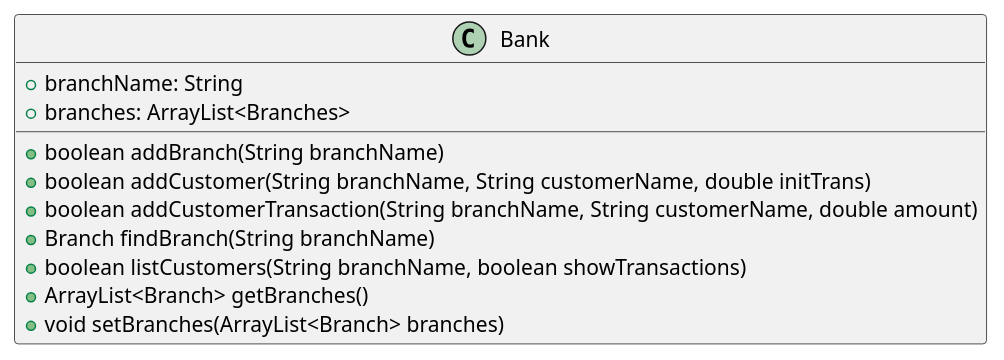
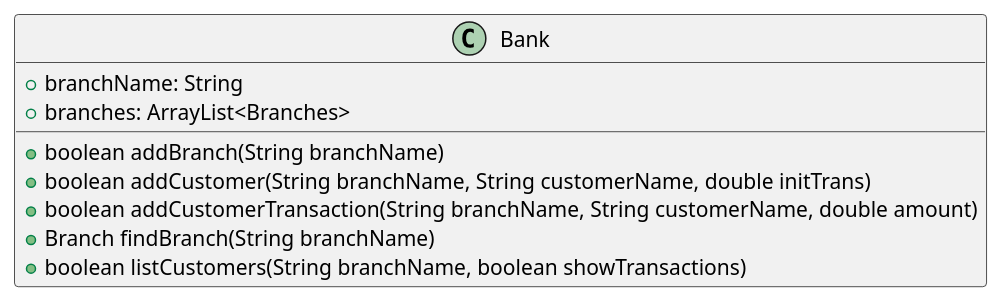
The diagram in src/uk/co/rosslyn/ted/Bank.puml (tedrosslyn/BankingCLI), drawn with PlantUML before and after one commit. The commit also changed 3 other files, not shown here.

```diff
--- a/src/uk/co/rosslyn/ted/Bank.puml
+++ b/src/uk/co/rosslyn/ted/Bank.puml
@@ -1,15 +1,15 @@
 @startuml
 
 class Bank {
     +branchName: String
     +branches: ArrayList<Branches>
     +boolean addBranch(String branchName)
     +boolean addCustomer(String branchName, String customerName, double initTrans)
     +boolean addCustomerTransaction(String branchName, String customerName, double amount)
     +Branch findBranch(String branchName)
     +boolean listCustomers(String branchName, boolean showTransactions)
-    +ArrayList<Branch> getBranches()
-    +void setBranches(ArrayList<Branch> branches)
+
+
 }
 
 @enduml
```
